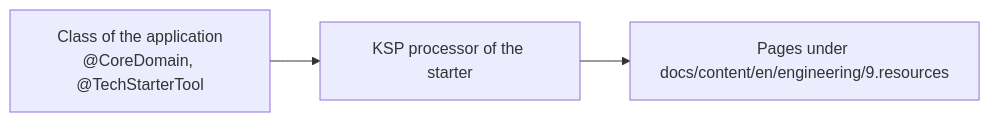
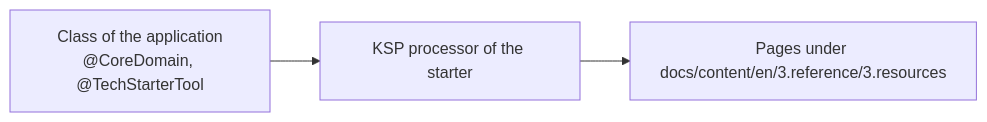
Before and after one commit to mboisnard/drinkit: the diagram in tech-starters/backend/documentation-starter/README.md, drawn with Mermaid. The commit also changed other lines of this file and 189 other files, not shown here.

First line of the commit message:
[DOCUMENTATION] Arrange the site in Engineering, Decisions and Reference (#666)

````diff
--- a/tech-starters/backend/documentation-starter/README.md
+++ b/tech-starters/backend/documentation-starter/README.md
@@ -10,5 +10,5 @@
 ```mermaid
 flowchart LR
     Code["Class of the application<br/>@CoreDomain, @TechStarterTool"] --> Processor[KSP processor of the starter]
-    Processor --> Pages["Pages under docs/content/en/engineering/9.resources"]
+    Processor --> Pages["Pages under docs/content/en/3.reference/3.resources"]
 ```
````
